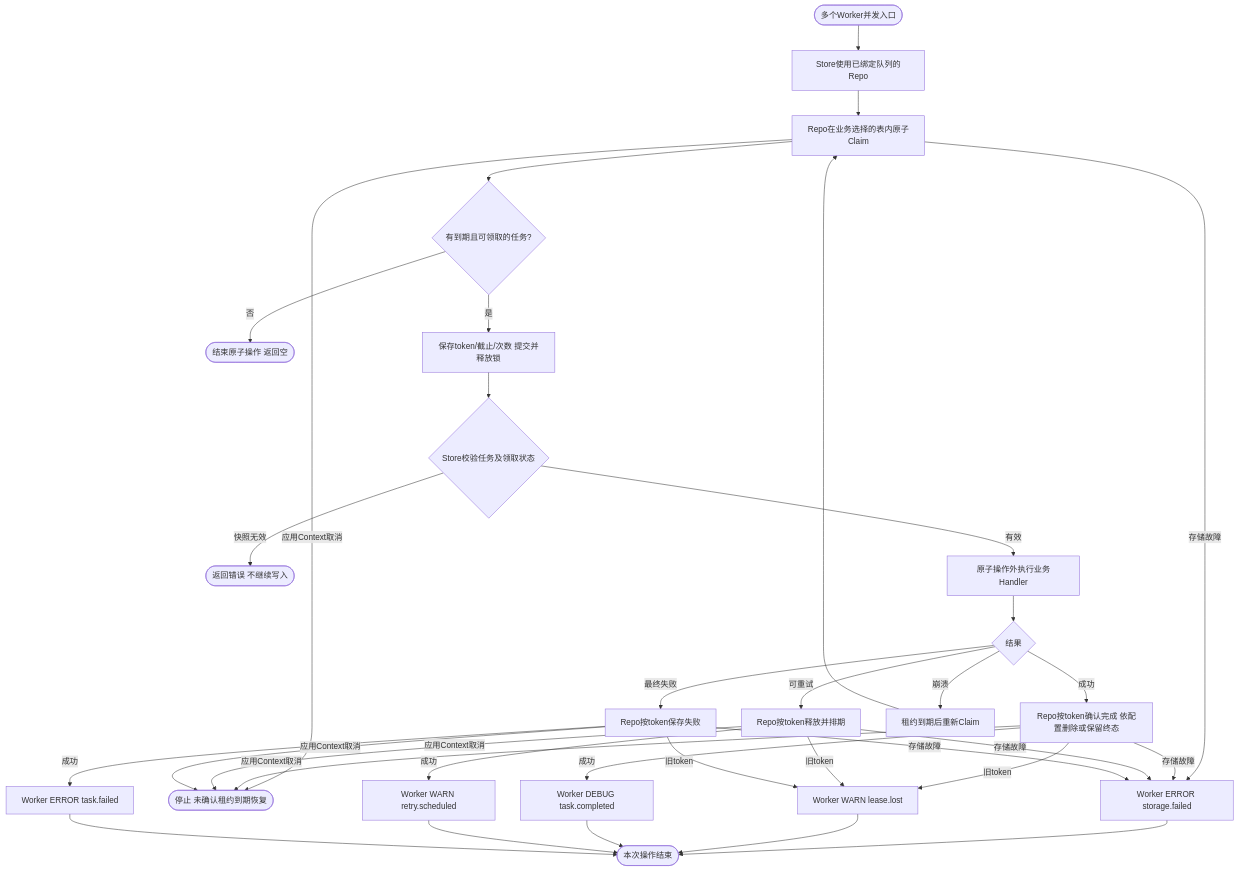
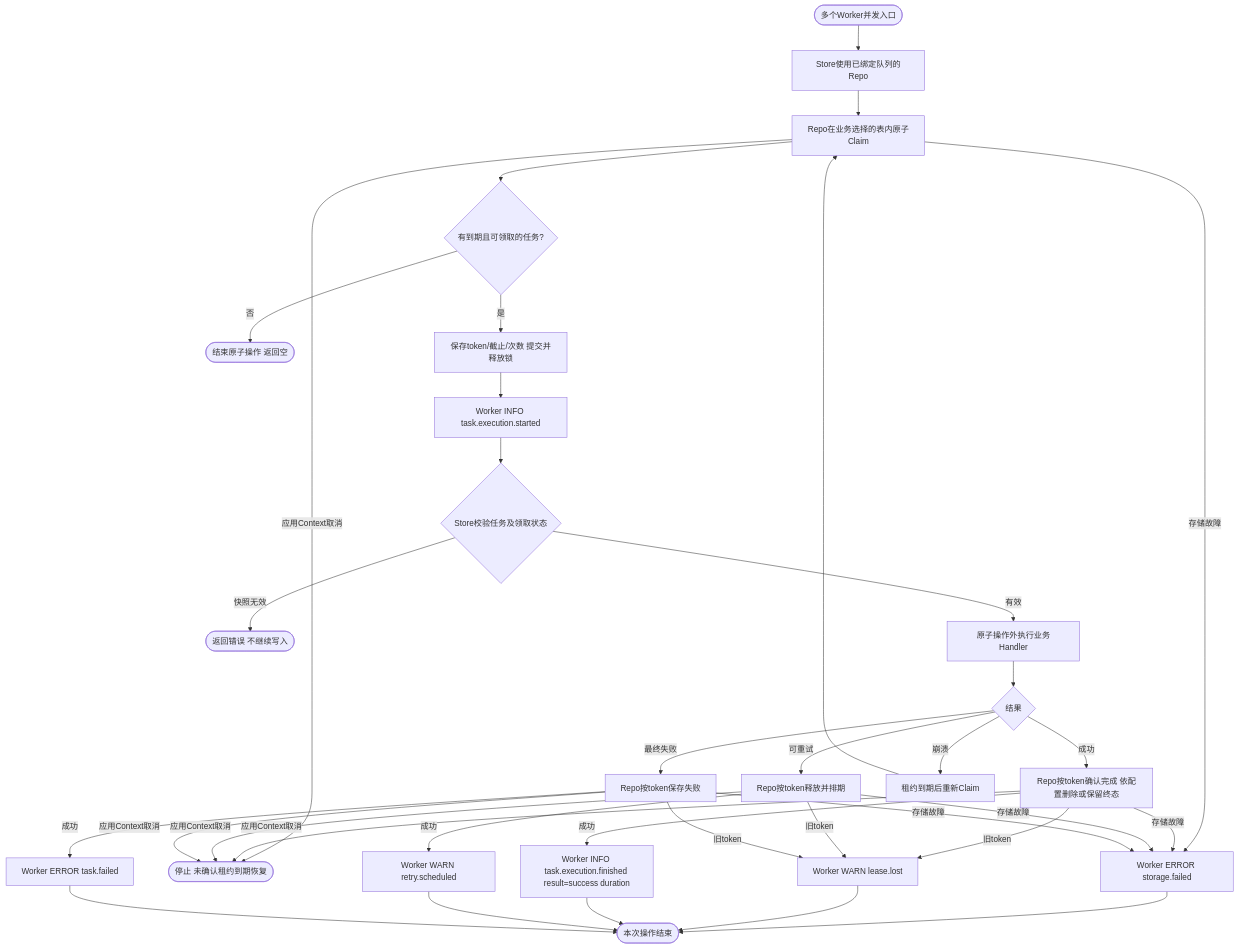
Before and after one commit to jaggerzhuang1994/kratos-foundation: the second of 2 diagrams in contrib/queue/database/README.md, drawn with Mermaid. The commit also changed other lines of this file and 122 other files, not shown here.

````diff
--- a/contrib/queue/database/README.md
+++ b/contrib/queue/database/README.md
@@ -134,24 +136,25 @@
 ```mermaid
 flowchart TD
     A([多个Worker并发入口]) --> B[Store使用已绑定队列的Repo]
     B --> C[Repo在业务选择的表内原子Claim]
     C --> D{有到期且可领取的任务?}
     D -- 否 --> E([结束原子操作 返回空])
     D -- 是 --> F[保存token/截止/次数 提交并释放锁]
-    F --> G{Store校验任务及领取状态}
+    F --> FS[Worker INFO task.execution.started]
+    FS --> G{Store校验任务及领取状态}
     G -- 快照无效 --> H([返回错误 不继续写入])
     G -- 有效 --> J[原子操作外执行业务Handler]
     J --> K{结果}
     K -- 成功 --> L[Repo按token确认完成 依配置删除或保留终态]
     K -- 可重试 --> M[Repo按token释放并排期]
     K -- 最终失败 --> N[Repo按token保存失败]
     K -- 崩溃 --> O[租约到期后重新Claim]
     O --> C
     C & L & M & N -- 存储故障 --> P[Worker ERROR storage.failed]
     C & L & M & N -- 应用Context取消 --> U([停止 未确认租约到期恢复])
     L & M & N -- 旧token --> Q[Worker WARN lease.lost]
-    L -- 成功 --> R[Worker DEBUG task.completed]
+    L -- 成功 --> R[Worker INFO task.execution.finished result=success duration]
     M -- 成功 --> S[Worker WARN retry.scheduled]
     N -- 成功 --> T[Worker ERROR task.failed]
     P & Q & R & S & T --> Z([本次操作结束])
 ```
````
